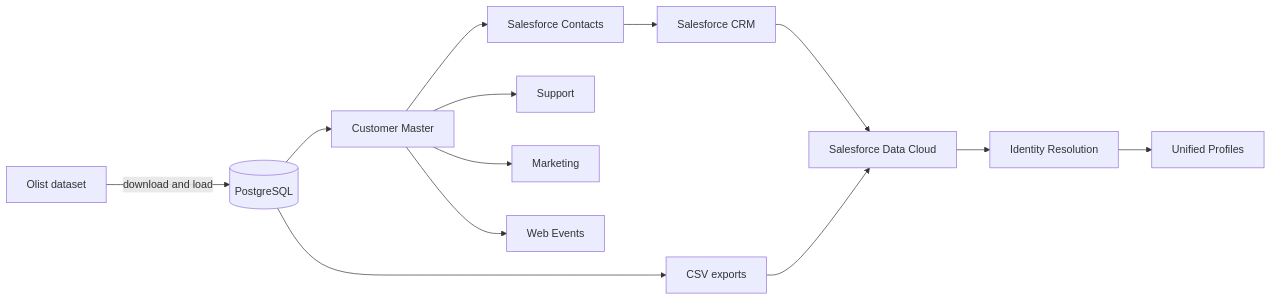
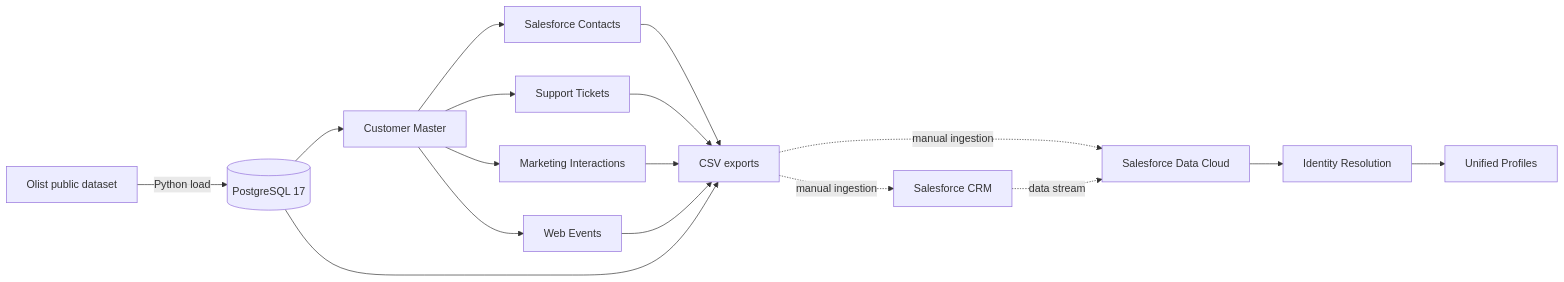
The diagram in README.md (FelipeEnne/salesforce-data360-customer-intelligence), drawn with Mermaid before and after one commit. The commit also changed other lines of this file, not shown here.

````diff
--- a/README.md
+++ b/README.md
@@ -11,15 +25,19 @@
 ```mermaid
 flowchart LR
-    O[Olist dataset] -->|download and load| P[(PostgreSQL)]
+    O[Olist public dataset] -->|Python load| P[(PostgreSQL 17)]
     P --> CM[Customer Master]
     CM --> SF[Salesforce Contacts]
-    CM --> SU[Support]
-    CM --> MK[Marketing]
+    CM --> SU[Support Tickets]
+    CM --> MK[Marketing Interactions]
     CM --> WE[Web Events]
-    P --> EX[CSV exports]
-    SF --> CRM[Salesforce CRM]
-    CRM --> DC[Salesforce Data Cloud]
-    EX --> DC
+    SF --> E[CSV exports]
+    SU --> E
+    MK --> E
+    WE --> E
+    P --> E
+    E -. manual ingestion .-> CRM[Salesforce CRM]
+    E -. manual ingestion .-> DC[Salesforce Data Cloud]
+    CRM -. data stream .-> DC
     DC --> IR[Identity Resolution]
     IR --> UP[Unified Profiles]
 ```
````
